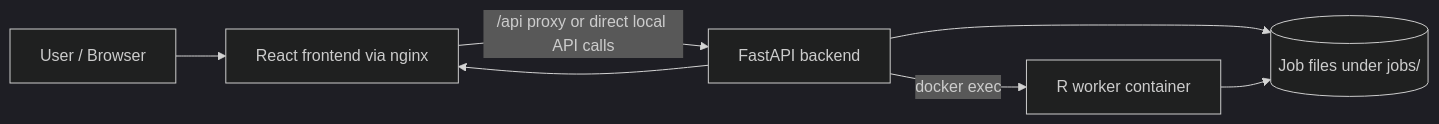
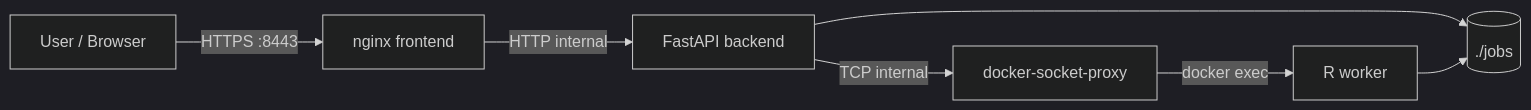
One commit to PierreTsoungui/swtp-ss26-bigtom changed the diagram in README.md. Above: the diagram before and after it, drawn with Mermaid (dark theme). The commit also changed other lines of this file and 3 other files, not shown here.

Commit message:
docs(README, docs): README überarbeitet und r_backend-architecture.md hinzugefügt

````diff
--- a/README.md
+++ b/README.md
@@ -87,9 +86,9 @@
 ```mermaid
 flowchart LR
-    User[User / Browser] --> Frontend[React frontend via nginx]
-    Frontend -->|/api proxy or direct local API calls| Backend[FastAPI backend]
-    Backend --> Jobs[(Job files under jobs/)]
-    Backend -->|docker exec| RWorker[R worker container]
+    User[User / Browser] -->|"HTTPS :8443"| Frontend[nginx frontend]
+    Frontend -->|HTTP internal| Backend[FastAPI backend]
+    Backend --> Jobs[(./jobs)]
+    Backend -->|TCP internal| Proxy[docker-socket-proxy]
+    Proxy -->|docker exec| RWorker[R worker]
     RWorker --> Jobs
-    Backend --> Frontend
 ```
````
